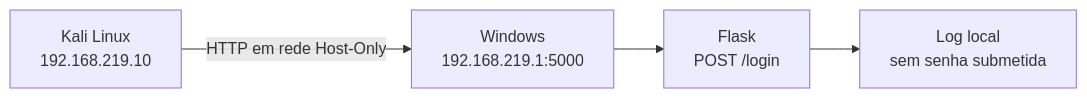
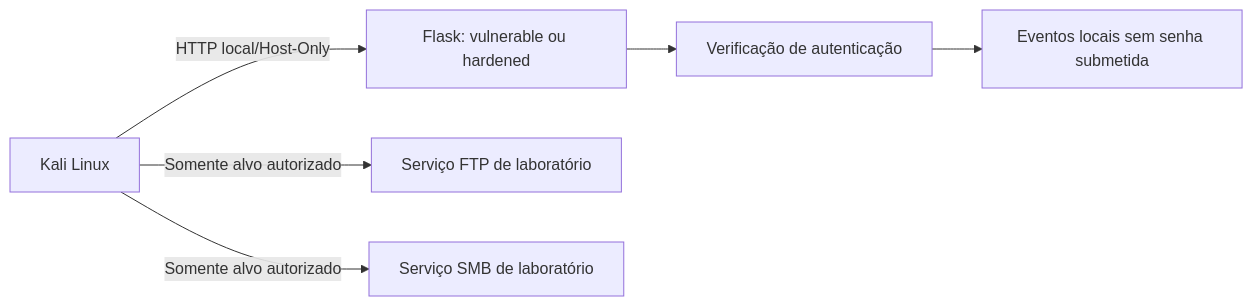
Before and after one commit to GabrielJalmeida/cyber.vulnerable-login-lab: the diagram in README.md, drawn with Mermaid. The commit also changed other lines of this file, not shown here.

Commit message:
docs: update main README for hardened release

````diff
--- a/README.md
+++ b/README.md
@@ -107,6 +174,8 @@
 ```mermaid
 flowchart LR
-    K[Kali Linux<br/>192.168.219.10] -->|HTTP em rede Host-Only| W[Windows<br/>192.168.219.1:5000]
-    W --> F[Flask<br/>POST /login]
-    F --> L[Log local<br/>sem senha submetida]
+    Kali[Kali Linux] -->|HTTP local/Host-Only| Web[Flask: vulnerable ou hardened]
+    Web --> Auth[Verificação de autenticação]
+    Auth --> Logs[Eventos locais sem senha submetida]
+    Kali -->|Somente alvo autorizado| FTP[Serviço FTP de laboratório]
+    Kali -->|Somente alvo autorizado| SMB[Serviço SMB de laboratório]
 ```
````
